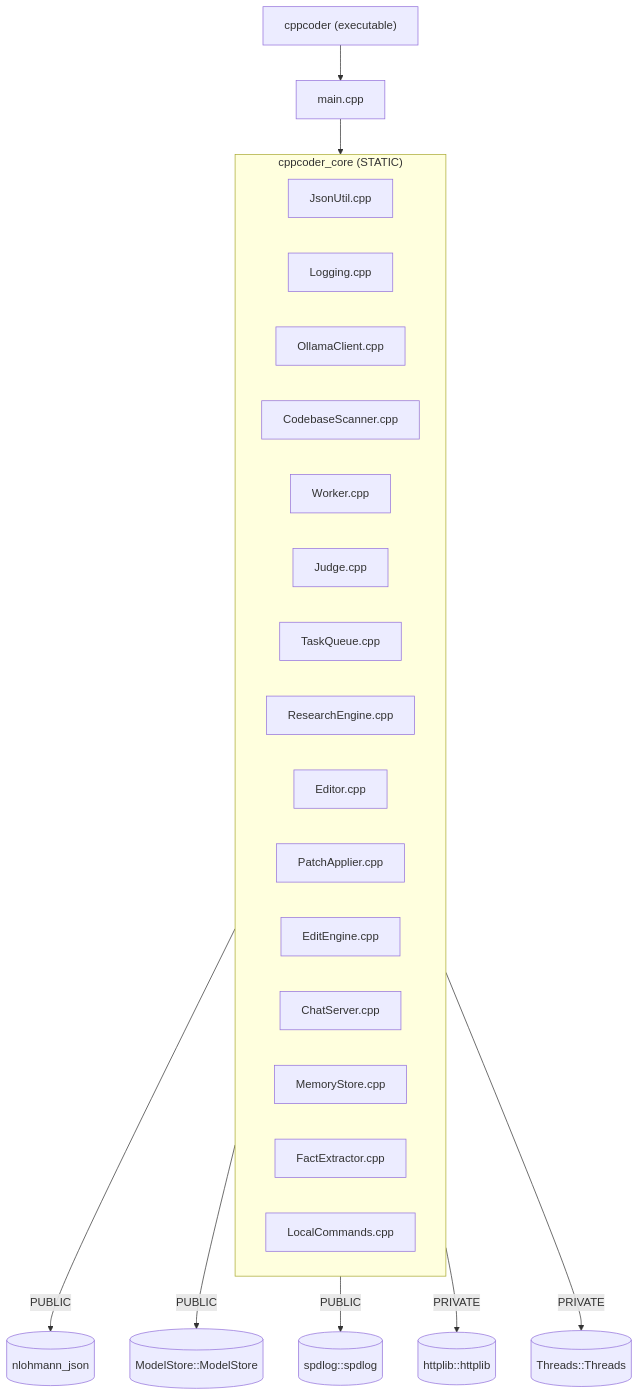
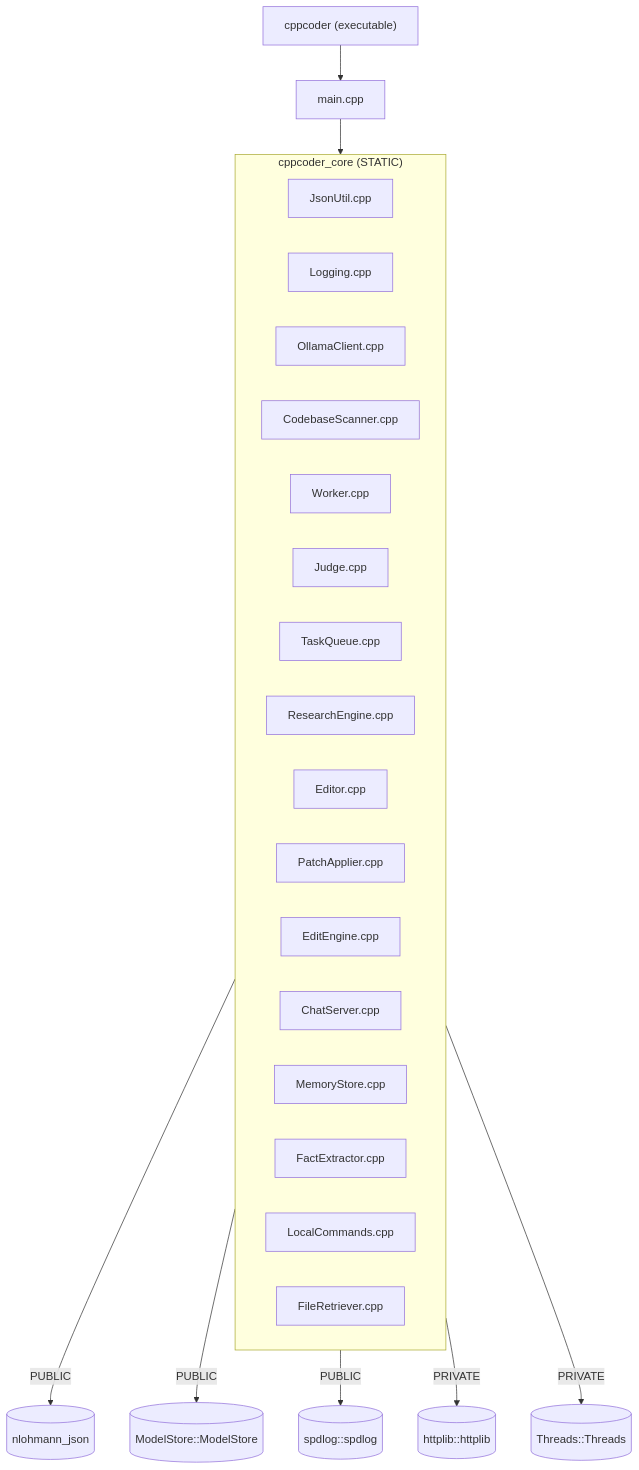
The diagram in src/README.md (cschladetsch/CppLocalLlmCodeAssist), drawn with Mermaid before and after one commit. The commit also changed other lines of this file and 19 other files, not shown here.

````diff
--- a/src/README.md
+++ b/src/README.md
@@ -31,29 +32,30 @@
 ```mermaid
 flowchart TD
     subgraph lib["cppcoder_core (STATIC)"]
         JsonUtil.cpp
         Logging.cpp
         OllamaClient.cpp
         CodebaseScanner.cpp
         Worker.cpp
         Judge.cpp
         TaskQueue.cpp
         ResearchEngine.cpp
         Editor.cpp
         PatchApplier.cpp
         EditEngine.cpp
         ChatServer.cpp
         MemoryStore.cpp
         FactExtractor.cpp
         LocalCommands.cpp
+        FileRetriever.cpp
     end
 
     lib -->|PUBLIC| NJ[("nlohmann_json")]
     lib -->|PUBLIC| ModelStore[("ModelStore::ModelStore")]
     lib -->|PUBLIC| Spdlog[("spdlog::spdlog")]
     lib -->|PRIVATE| Httplib[("httplib::httplib")]
     lib -->|PRIVATE| Threads[("Threads::Threads")]
 
     main.cpp --> lib
     CLI["cppcoder (executable)"] --> main.cpp
 ```
````
